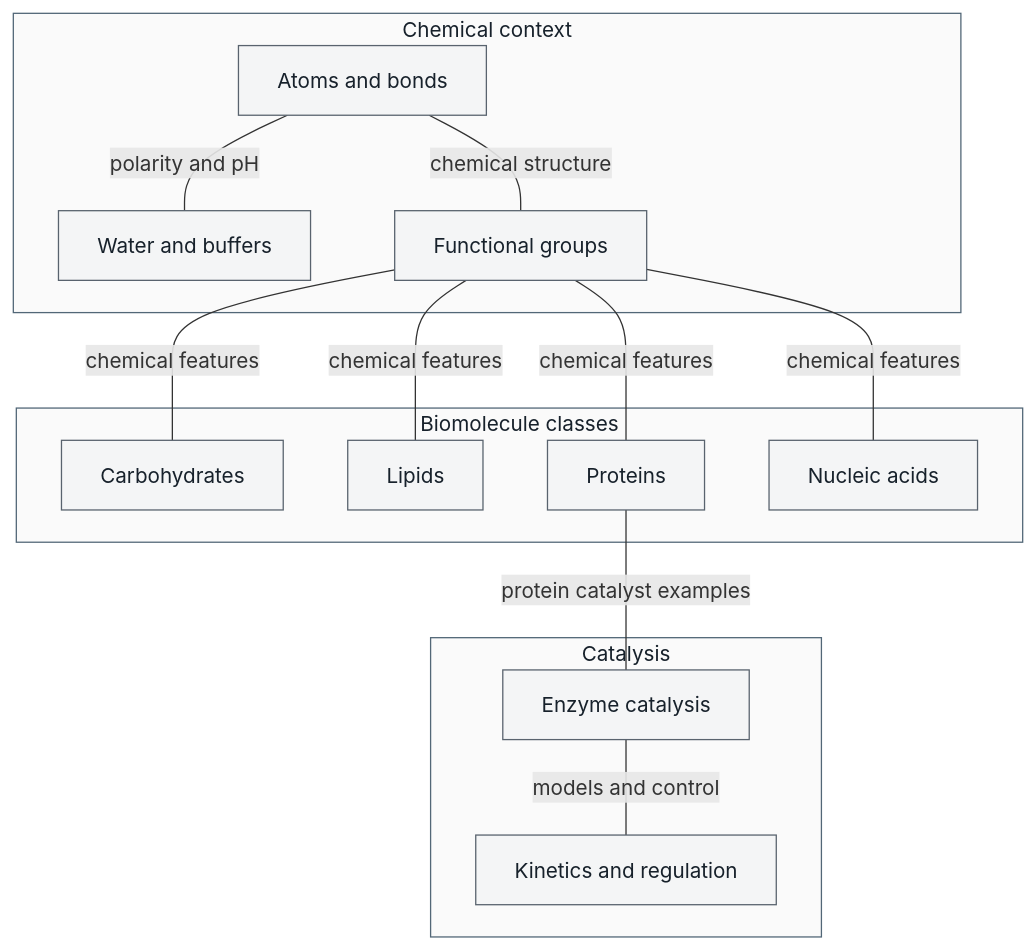
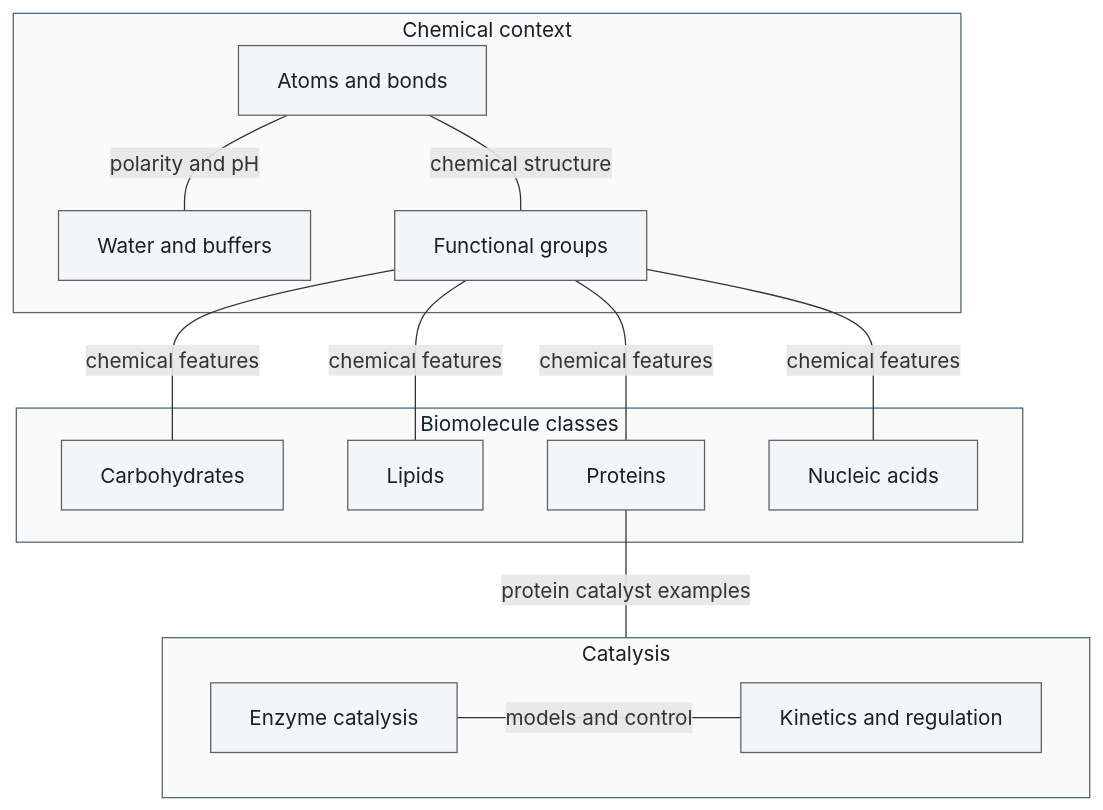
The diagram in docs/manuscript/unit_I/unit_intro.md (docxology/biology_textbook), drawn with Mermaid before and after one commit. The commit also changed 18 other files, not shown here.

Commit message:
Close scientific peer findings and prove collision-free graphical overview sources

````diff
--- a/docs/manuscript/unit_I/unit_intro.md
+++ b/docs/manuscript/unit_I/unit_intro.md
@@ -45,34 +45,34 @@
 ```mermaid
 ---
 config:
   layout: dagre
 ---
 graph TD
     subgraph C["Chemical context"]
         A["Atoms and bonds"]
         W["Water and buffers"]
         F["Functional groups"]
     end
     subgraph B["Biomolecule classes"]
         CH["Carbohydrates"]
         L["Lipids"]
         P["Proteins"]
         N["Nucleic acids"]
     end
     subgraph K["Catalysis"]
         E["Enzyme catalysis"]
         R["Kinetics and regulation"]
     end
     A ---|"polarity and pH"| W
     A ---|"chemical structure"| F
     F ---|"chemical features"| CH
     F ---|"chemical features"| L
     F ---|"chemical features"| P
     F ---|"chemical features"| N
-    P ---|"protein catalyst examples"| E
+    P ---|"protein catalyst examples"| K
     E ---|"models and control"| R
     classDef default fill:#f4f5f6,stroke:#59636e,color:#17212b
     style C fill:#fafafa,stroke:#526777,color:#17212b
     style B fill:#fafafa,stroke:#526777,color:#17212b
     style K fill:#fafafa,stroke:#526777,color:#17212b
 ```
````
